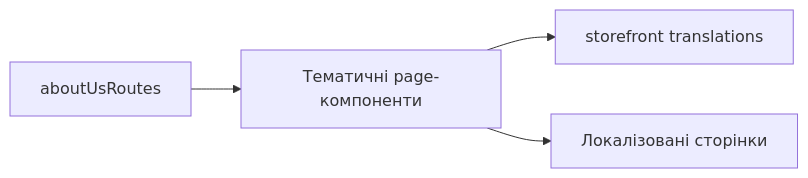
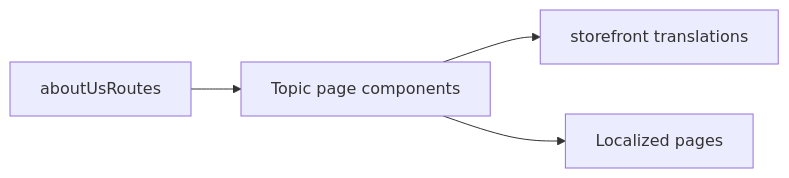
Before and after one commit to Weretik/kedr-web: the diagram in docs/features/storefront/content/about-us.md, drawn with Mermaid. The commit also changed other lines of this file and 95 other files, not shown here.

Commit message:
docs(frontend): reconcile architecture and feature guidance

````diff
--- a/docs/features/storefront/content/about-us.md
+++ b/docs/features/storefront/content/about-us.md
@@ -10,6 +10,6 @@
 ```mermaid
 flowchart LR
-Routes["aboutUsRoutes"] --> Pages["Тематичні page-компоненти"]
+Routes["aboutUsRoutes"] --> Pages["Topic page components"]
 Pages --> Text["storefront translations"]
-Pages --> UI["Локалізовані сторінки"]
+Pages --> UI["Localized pages"]
 ```
````
